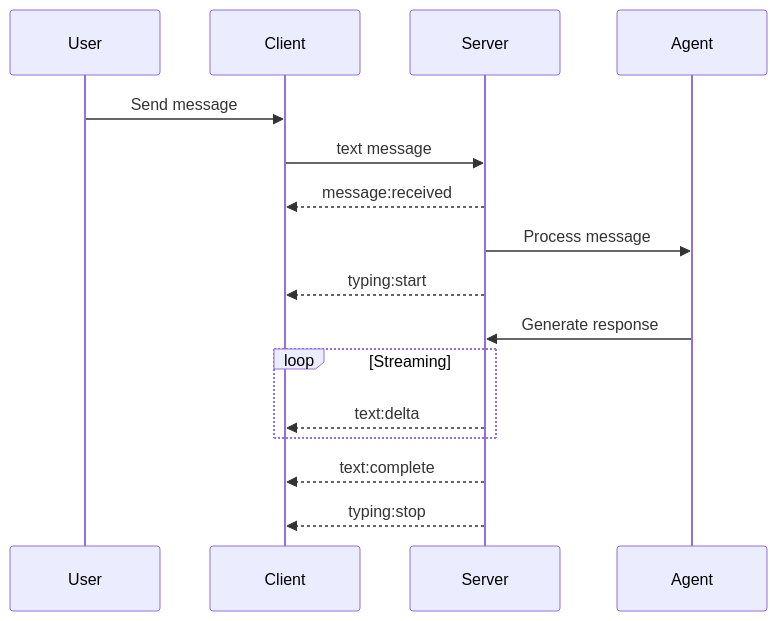
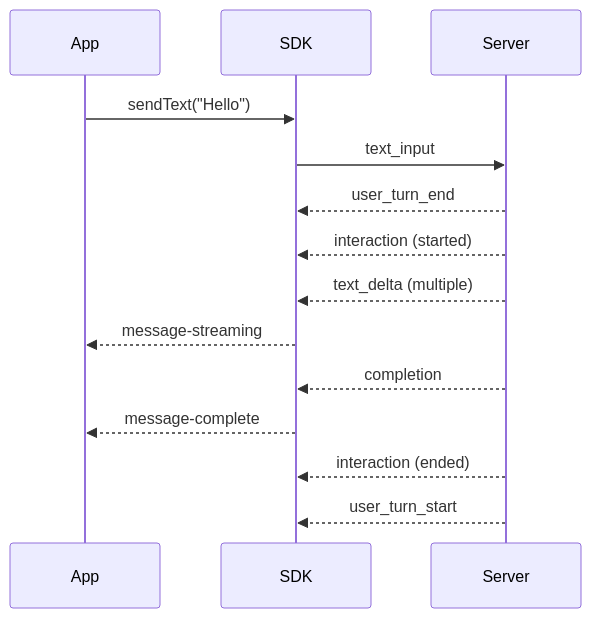
Before and after one commit to ebooth1202/agent_c_framework: the second of 2 diagrams in src/realtime_client/docs/api-reference/core/events.md, drawn with Mermaid. The commit also changed other lines of this file and 23 other files, not shown here.

````diff
--- a/src/realtime_client/docs/api-reference/core/events.md
+++ b/src/realtime_client/docs/api-reference/core/events.md
@@ -279,21 +316,17 @@
 ```mermaid
 sequenceDiagram
-    participant User
-    participant Client
+    participant App
+    participant SDK
     participant Server
-    participant Agent
     
-    User->>Client: Send message
-    Client->>Server: text message
-    Server-->>Client: message:received
-    Server->>Agent: Process message
-    Server-->>Client: typing:start
-    Agent->>Server: Generate response
-    
-    loop Streaming
-        Server-->>Client: text:delta
-    end
-    
-    Server-->>Client: text:complete
-    Server-->>Client: typing:stop
+    App->>SDK: sendText("Hello")
+    SDK->>Server: text_input
+    Server-->>SDK: user_turn_end
+    Server-->>SDK: interaction (started)
+    Server-->>SDK: text_delta (multiple)
+    SDK-->>App: message-streaming
+    Server-->>SDK: completion
+    SDK-->>App: message-complete
+    Server-->>SDK: interaction (ended)
+    Server-->>SDK: user_turn_start
 ```
````
